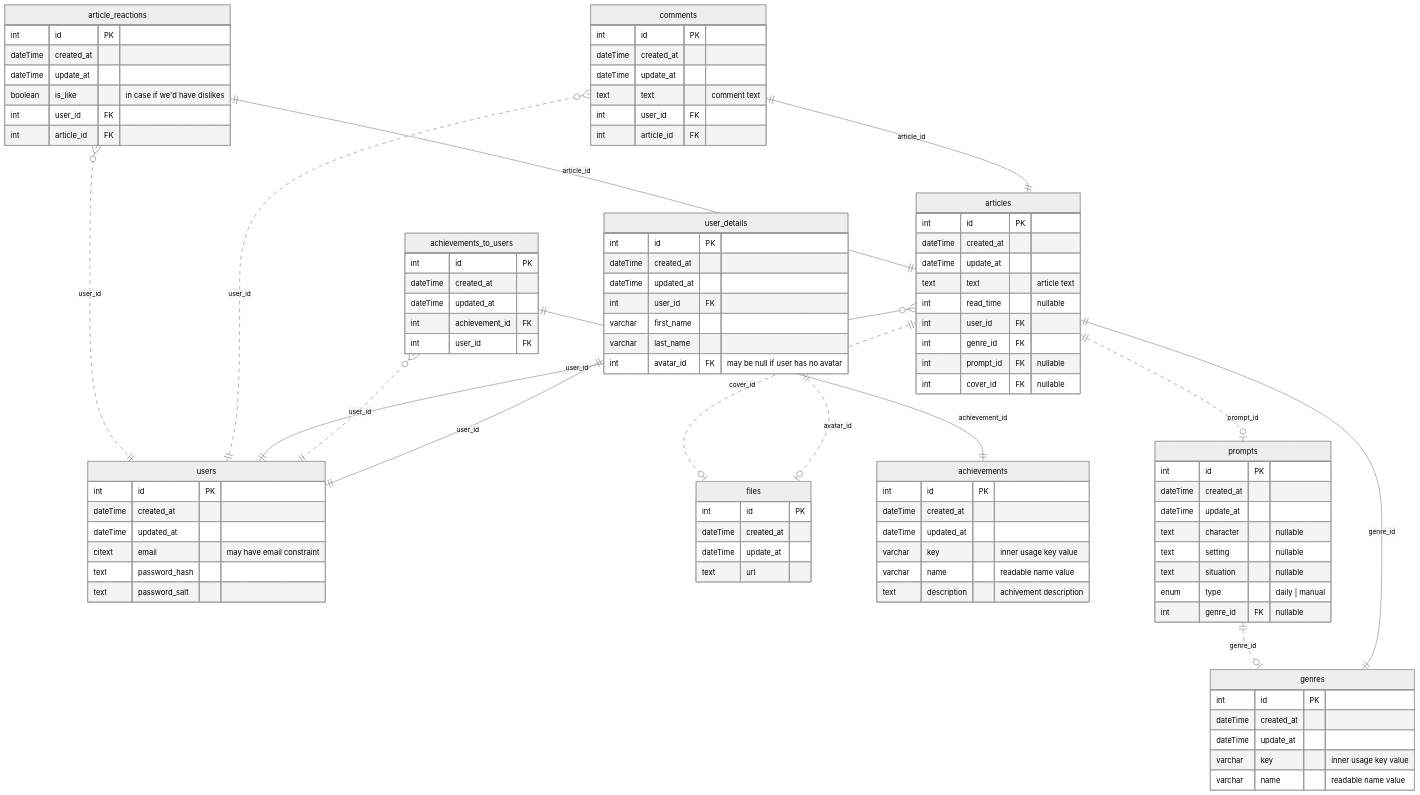
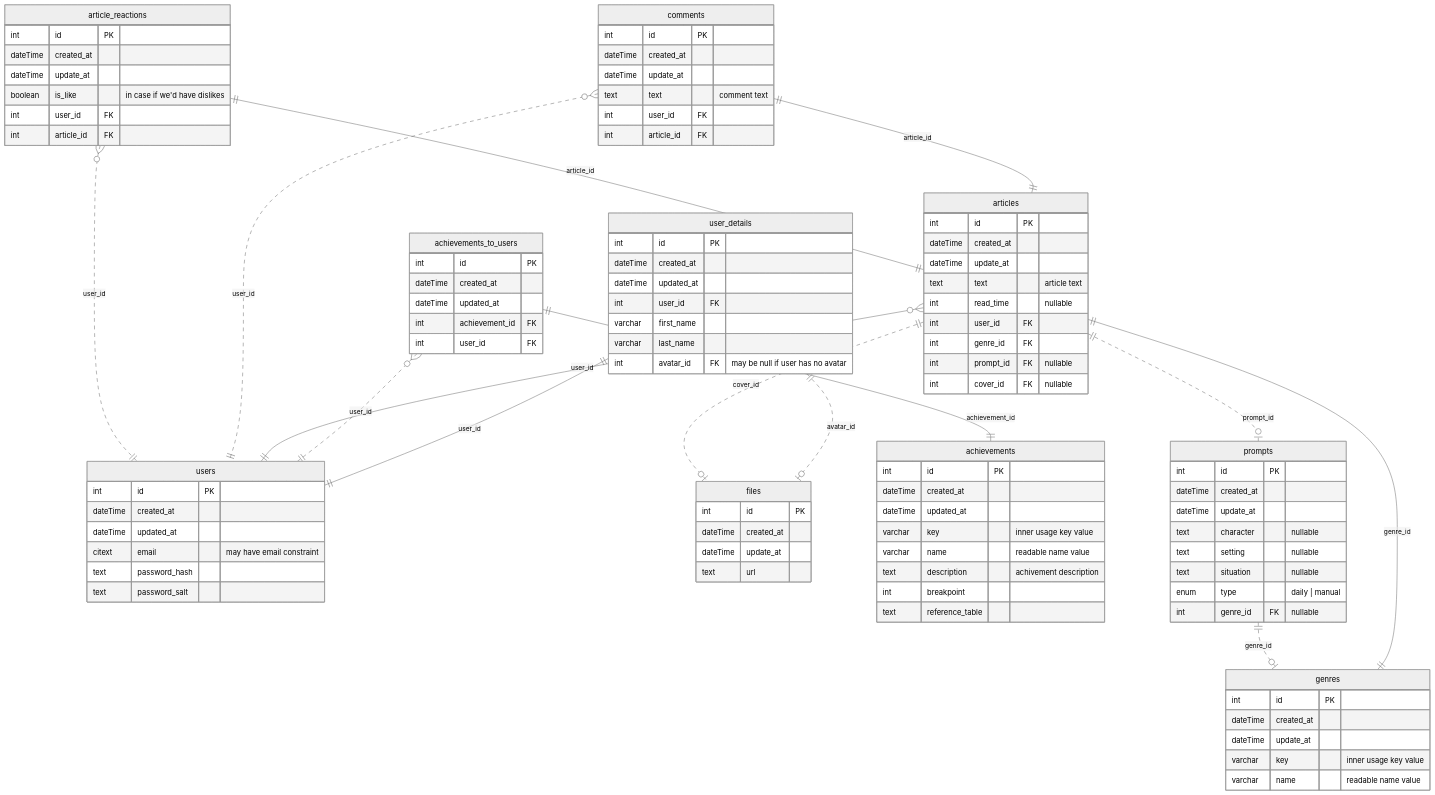
One commit to BinaryStudioAcademy/bsa-2023-writorium changed the diagram in readme.md. Above: the diagram before and after it, drawn with Mermaid (neutral theme).

Commit message:
wr-203: * achievements table in readme.md

```diff
--- a/readme.md
+++ b/readme.md
@@ -89,6 +89,8 @@
     varchar key "inner usage key value"
     varchar name "readable name value"
     text description "achivement description"
+    int breakpoint
+    text reference_table
   }
 
   achievements_to_users ||--|| achievements : achievement_id
```
